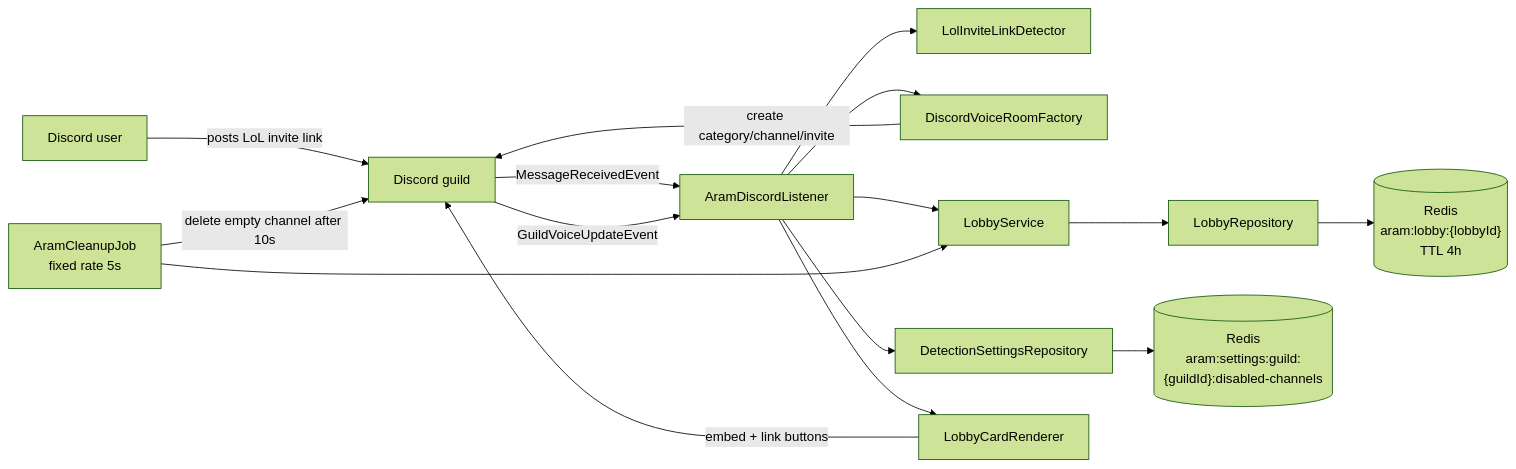
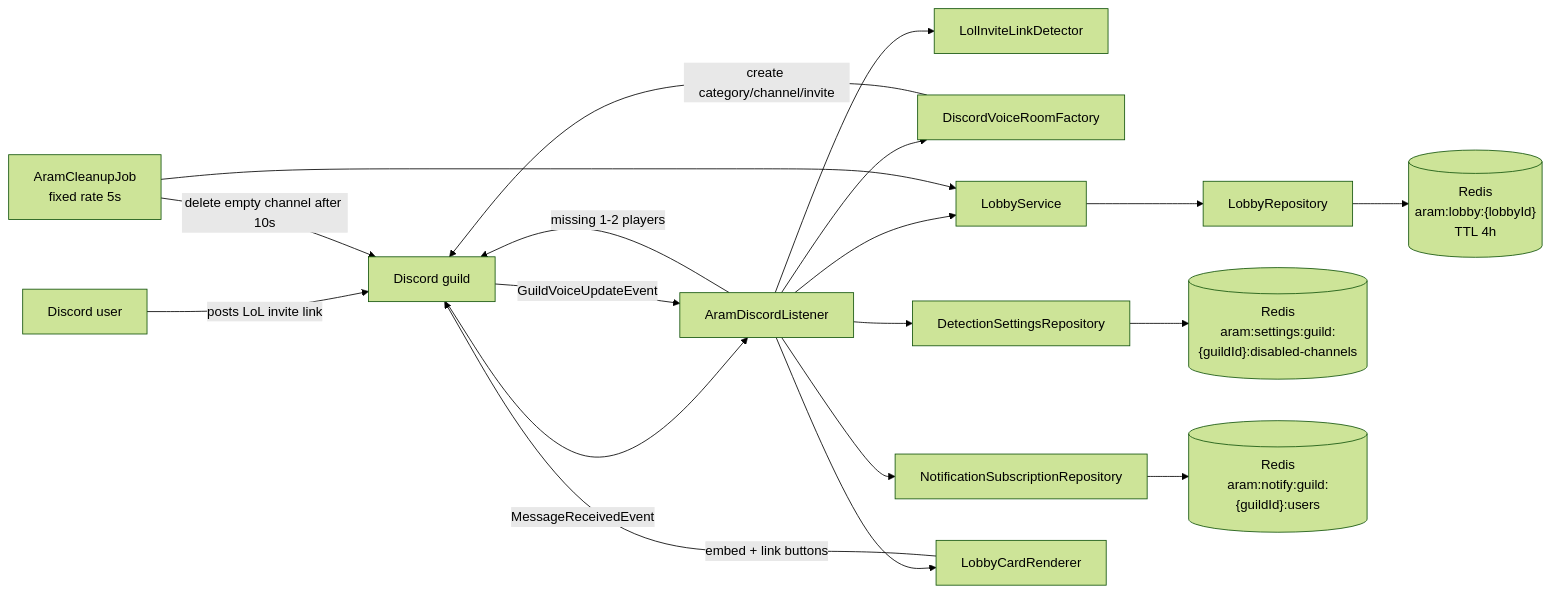
Before and after one commit to Eddie425/aram-lobby-bot: the first of 2 diagrams in docs/technical-design.md, drawn with Mermaid (forest theme). The commit also changed other lines of this file and 13 other files, not shown here.

````diff
--- a/docs/technical-design.md
+++ b/docs/technical-design.md
@@ -11,19 +11,22 @@
 ```mermaid
 flowchart LR
     user["Discord user"] -->|posts LoL invite link| discord["Discord guild"]
     discord -->|MessageReceivedEvent| listener["AramDiscordListener"]
     listener --> detector["LolInviteLinkDetector"]
     listener --> voiceFactory["DiscordVoiceRoomFactory"]
     voiceFactory -->|create category/channel/invite| discord
     listener --> service["LobbyService"]
     listener --> settings["DetectionSettingsRepository"]
+    listener --> notifyRepo["NotificationSubscriptionRepository"]
     service --> repo["LobbyRepository"]
     repo --> redis[("Redis\naram:lobby:{lobbyId}\nTTL 4h")]
     settings --> redisSettings[("Redis\naram:settings:guild:{guildId}:disabled-channels")]
+    notifyRepo --> redisNotify[("Redis\naram:notify:guild:{guildId}:users")]
     listener --> renderer["LobbyCardRenderer"]
     renderer -->|embed + link buttons| discord
 
     discord -->|GuildVoiceUpdateEvent| listener
+    listener -->|missing 1-2 players| discord
     cleanup["AramCleanupJob\nfixed rate 5s"] --> service
     cleanup -->|delete empty channel after 10s| discord
 ```
````
